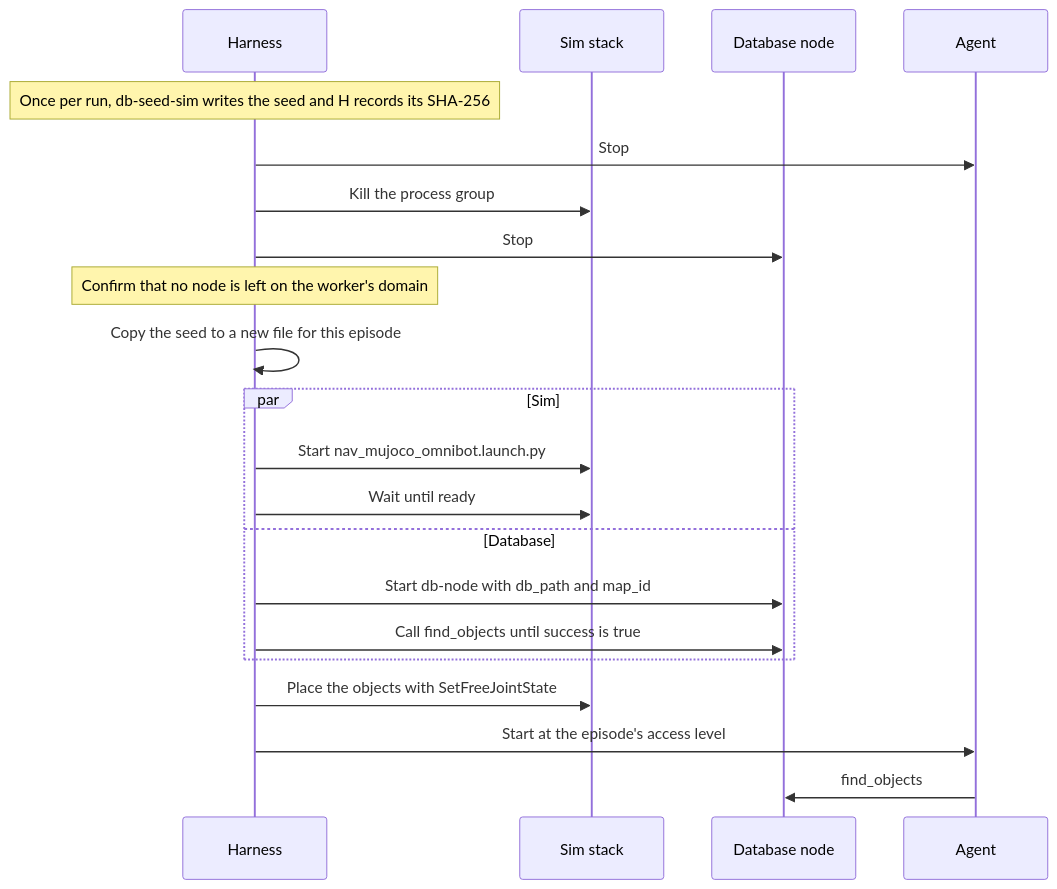
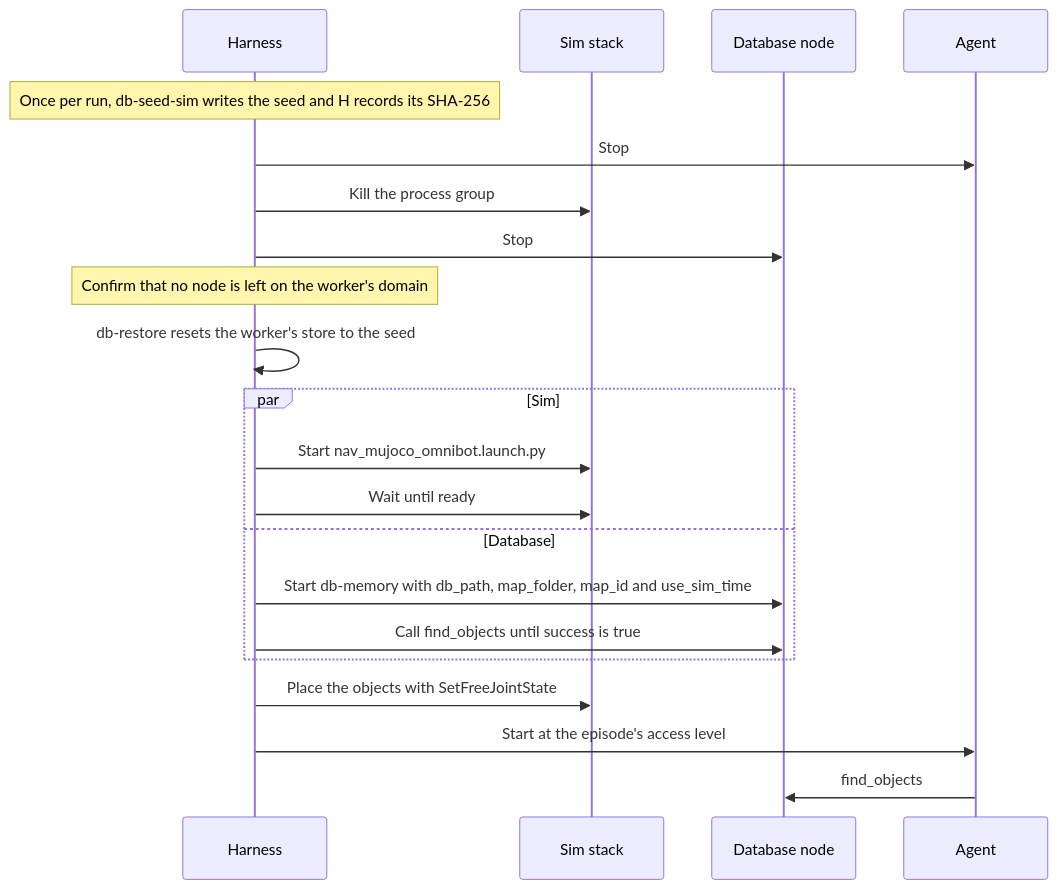
One commit to EIC-Robocup-2026/walkie-database changed the diagram in docs/architecture/harvest.md. Above: the diagram before and after it, drawn with Mermaid. The commit also changed other lines of this file and 27 other files, not shown here.

First line of the commit message:
feat: add seed tools, offline restore, the map gate and the node clock

````diff
--- a/docs/architecture/harvest.md
+++ b/docs/architecture/harvest.md
@@ -182,23 +191,23 @@
 ```mermaid
 sequenceDiagram
     participant H as Harness
     participant S as Sim stack
     participant D as Database node
     participant A as Agent
     Note over H: Once per run, db-seed-sim writes the seed and H records its SHA-256
     H->>A: Stop
     H->>S: Kill the process group
     H->>D: Stop
     Note over H: Confirm that no node is left on the worker's domain
-    H->>H: Copy the seed to a new file for this episode
+    H->>H: db-restore resets the worker's store to the seed
     par Sim
         H->>S: Start nav_mujoco_omnibot.launch.py
         H->>S: Wait until ready
     and Database
-        H->>D: Start db-node with db_path and map_id
+        H->>D: Start db-memory with db_path, map_folder, map_id and use_sim_time
         H->>D: Call find_objects until success is true
     end
     H->>S: Place the objects with SetFreeJointState
     H->>A: Start at the episode's access level
     A->>D: find_objects
 ```
````
